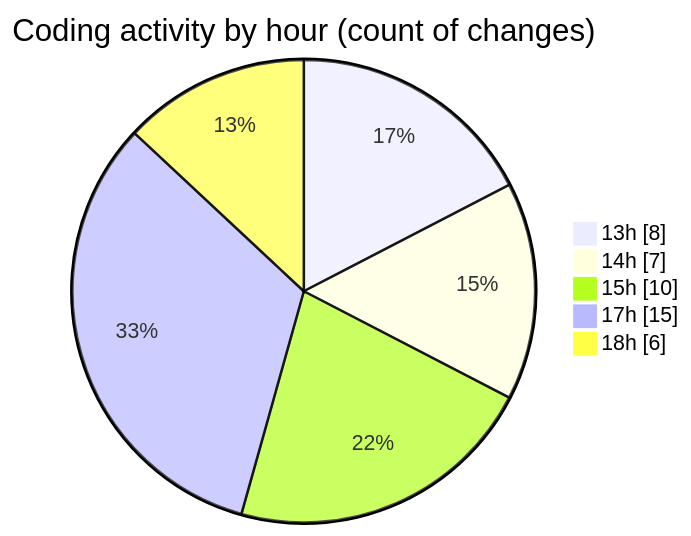
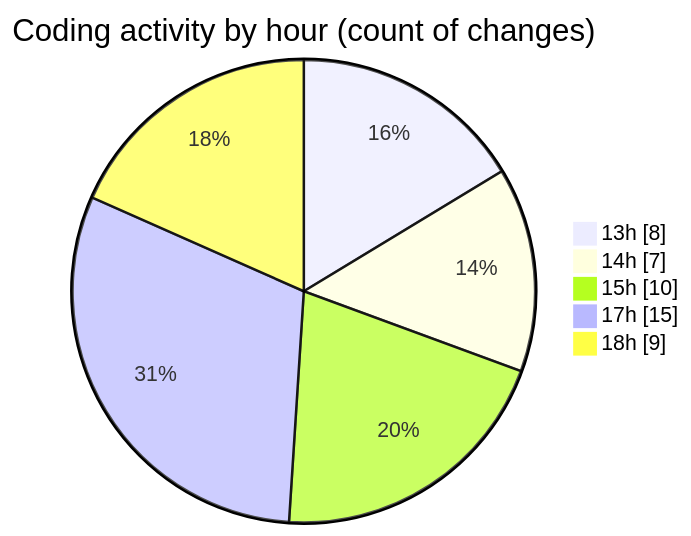
The second of 2 diagrams in 2025-04-03/jsvms/README.md (BS-eng2023/code-tracking), drawn with Mermaid before and after one commit. The commit also changed other lines of this file and 1 other file, not shown here.

````diff
--- a/2025-04-03/jsvms/README.md
+++ b/2025-04-03/jsvms/README.md
@@ -39,9 +39,9 @@
 ```mermaid
 pie showData
 title Coding activity by hour (count of changes)
 "13h" : 8
 "14h" : 7
 "15h" : 10
 "17h" : 15
-"18h" : 6
+"18h" : 9
 ```
````
